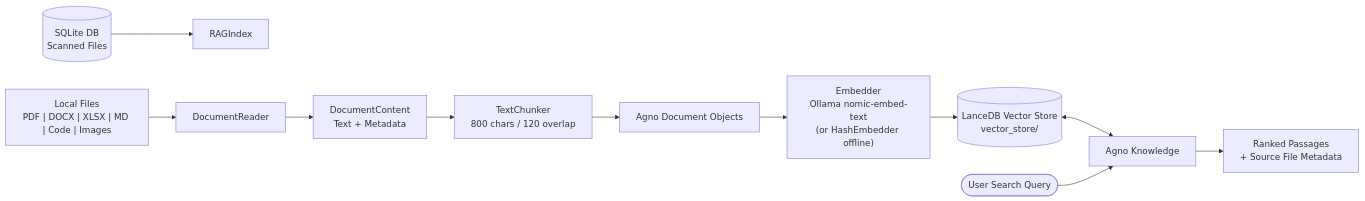
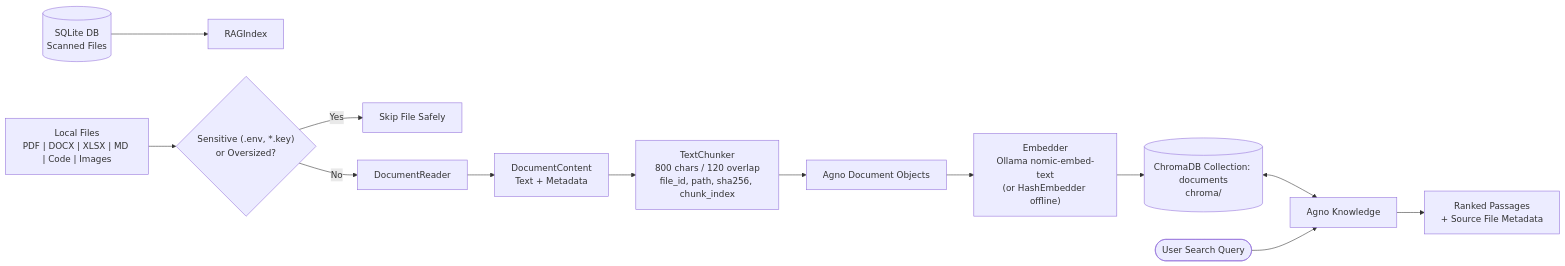
One commit to aion7891/steward changed the diagram in docs/phase-3-rag.md. Above: the diagram before and after it, drawn with Mermaid. The commit also changed other lines of this file and 18 other files, not shown here.

````diff
--- a/docs/phase-3-rag.md
+++ b/docs/phase-3-rag.md
@@ -8,13 +8,15 @@
 ```mermaid
 flowchart LR
     SQLite[(SQLite DB\nScanned Files)] --> Indexer[RAGIndex]
-    Files["Local Files\nPDF | DOCX | XLSX | MD | Code | Images"] --> Reader[DocumentReader]
+    Files["Local Files\nPDF | DOCX | XLSX | MD | Code | Images"] --> Guard{"Sensitive (.env, *.key)\nor Oversized?"}
+    Guard -->|Yes| Skip[Skip File Safely]
+    Guard -->|No| Reader[DocumentReader]
     Reader --> Content[DocumentContent\nText + Metadata]
-    Content --> Chunker["TextChunker\n800 chars / 120 overlap"]
+    Content --> Chunker["TextChunker\n800 chars / 120 overlap\nfile_id, path, sha256, chunk_index"]
     Chunker --> Docs["Agno Document Objects"]
     Docs --> Embedder["Embedder\nOllama nomic-embed-text\n(or HashEmbedder offline)"]
-    Embedder --> Lance[(LanceDB Vector Store\nvector_store/)]
-    Lance <--> Knowledge[Agno Knowledge]
+    Embedder --> Chroma[(ChromaDB Collection: documents\nchroma/)]
+    Chroma <--> Knowledge[Agno Knowledge]
     Query([User Search Query]) --> Knowledge
     Knowledge --> Hits["Ranked Passages\n+ Source File Metadata"]
 ```
````
